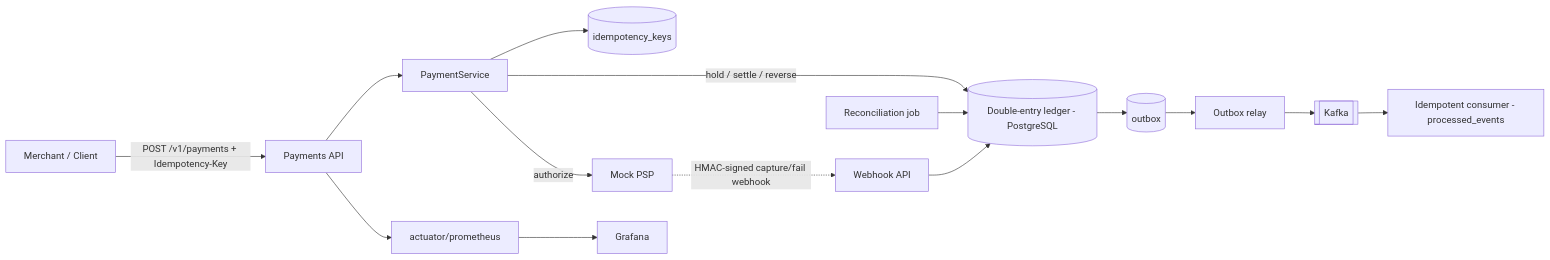
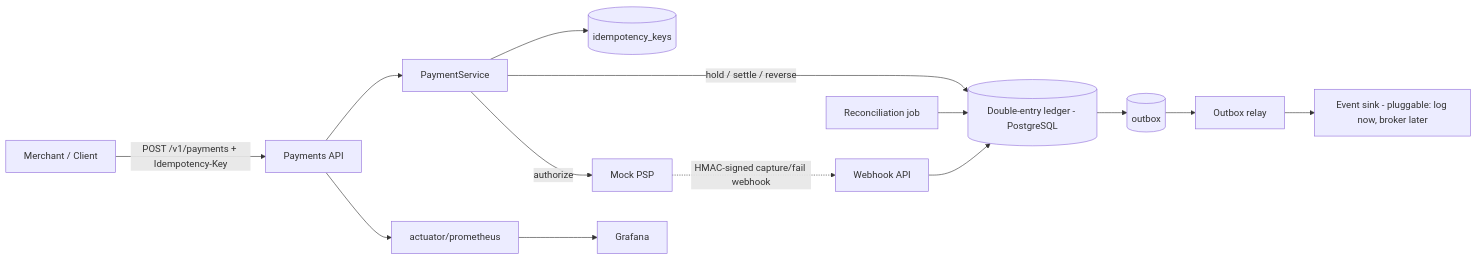
Before and after one commit to SaiKrishnaMulukutla/payments-wallet-service: the diagram in README.md, drawn with Mermaid. The commit also changed other lines of this file and 19 other files, not shown here.

Commit message:
remove Kafka; outbox drains via LoggingEventPublisher

````diff
--- a/README.md
+++ b/README.md
@@ -16,15 +16,14 @@
 ```mermaid
 flowchart LR
   client[Merchant / Client] -->|POST /v1/payments + Idempotency-Key| api[Payments API]
   api --> svc[PaymentService]
   svc --> idem[(idempotency_keys)]
   svc -->|hold / settle / reverse| ledger[(Double-entry ledger - PostgreSQL)]
   svc -->|authorize| psp[Mock PSP]
   psp -. HMAC-signed capture/fail webhook .-> wh[Webhook API]
   wh --> ledger
   ledger --> outbox[(outbox)]
-  outbox --> relay[Outbox relay] --> kafka[[Kafka]]
-  kafka --> consumer[Idempotent consumer - processed_events]
+  outbox --> relay[Outbox relay] --> sink[Event sink - pluggable: log now, broker later]
   recon[Reconciliation job] --> ledger
   api --> prom[actuator/prometheus] --> grafana[Grafana]
 ```
````
